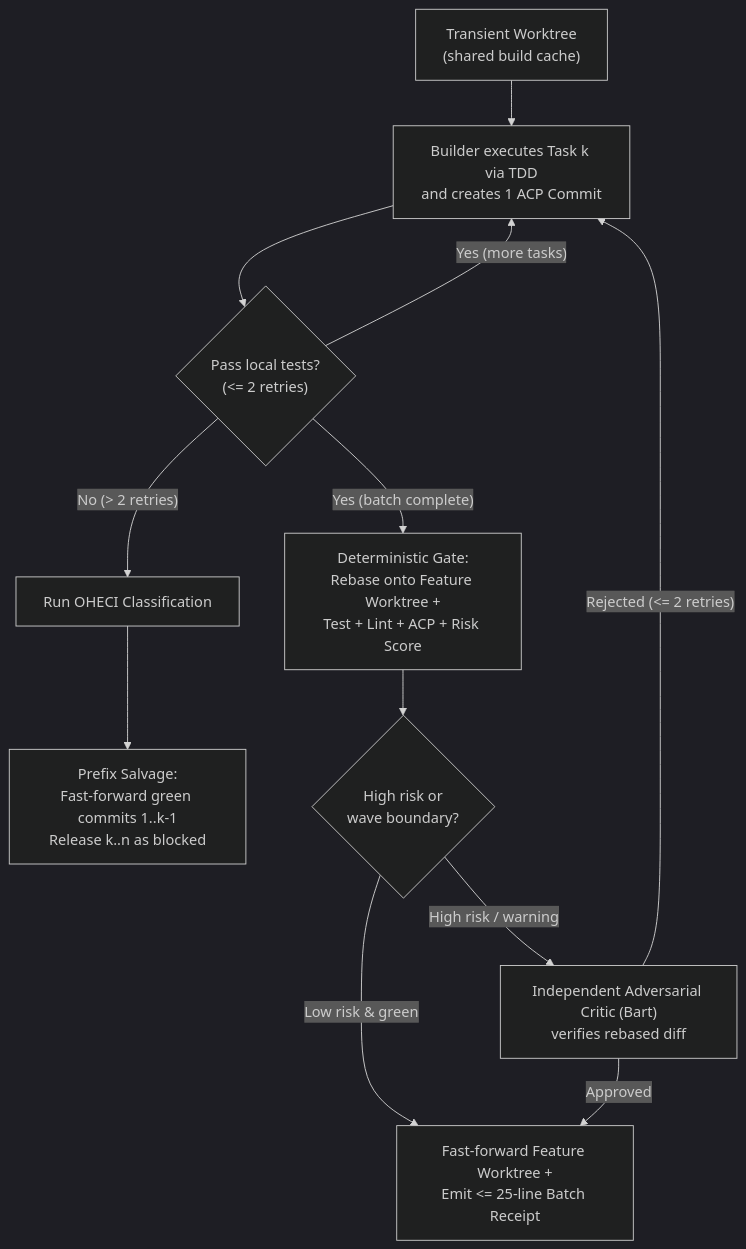
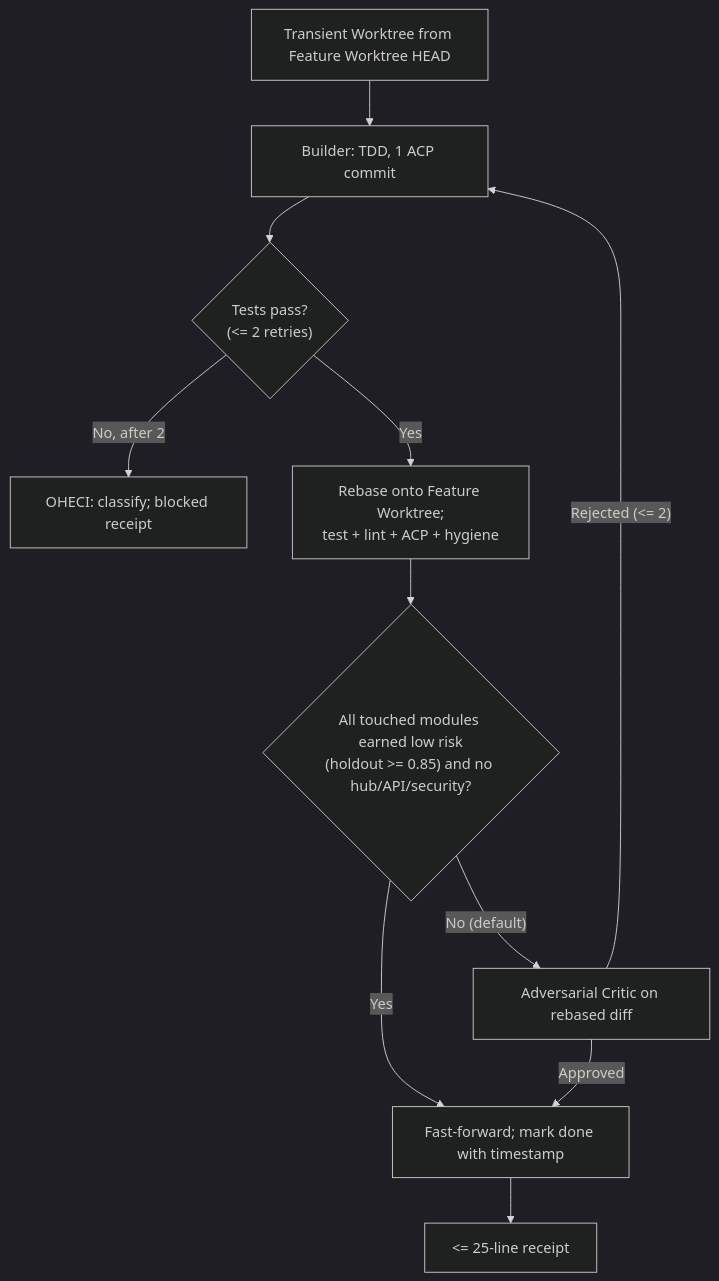
The third of 3 diagrams in .pi/docs/specs/agentic-coding/handoff-spec.md (shalomb/dotfiles), drawn with Mermaid (dark theme) before and after one commit. The commit also changed other lines of this file and 5 other files, not shown here.

````diff
--- a/.pi/docs/specs/agentic-coding/handoff-spec.md
+++ b/.pi/docs/specs/agentic-coding/handoff-spec.md
@@ -154,24 +195,13 @@
 ```mermaid
 flowchart TD
-    Start["Transient Worktree\n(shared build cache)"]
-    TaskLoop["Builder executes Task k via TDD\nand creates 1 ACP Commit"]
-    RetryCheck{"Pass local tests?\n(<= 2 retries)"}
-    OHECI["Run OHECI Classification"]
-    Salvage["Prefix Salvage:\nFast-forward green commits 1..k-1\nRelease k..n as blocked"]
-    DetGate["Deterministic Gate:\nRebase onto Feature Worktree +\nTest + Lint + ACP + Risk Score"]
-    RiskCheck{"High risk or\nwave boundary?"}
-    Critic["Independent Adversarial Critic (Bart)\nverifies rebased diff"]
-    Merge["Fast-forward Feature Worktree +\nEmit <= 25-line Batch Receipt"]
-
-    Start --> TaskLoop
-    TaskLoop --> RetryCheck
-    RetryCheck -->|"Yes (more tasks)"| TaskLoop
-    RetryCheck -->|"Yes (batch complete)"| DetGate
-    RetryCheck -->|"No (> 2 retries)"| OHECI
-    OHECI --> Salvage
-    DetGate --> RiskCheck
-    RiskCheck -->|"Low risk & green"| Merge
-    RiskCheck -->|"High risk / warning"| Critic
+    Start["Transient Worktree from Feature Worktree HEAD"] --> Build["Builder: TDD, 1 ACP commit"]
+    Build --> Retry{"Tests pass?\n(<= 2 retries)"}
+    Retry -->|"No, after 2"| OHECI["OHECI: classify; blocked receipt"]
+    Retry -->|"Yes"| Gate["Rebase onto Feature Worktree;\ntest + lint + ACP + hygiene"]
+    Gate --> Tier{"All touched modules earned low risk\n(holdout >= 0.85) and no hub/API/security?"}
+    Tier -->|"Yes"| Merge["Fast-forward; mark done with timestamp"]
+    Tier -->|"No (default)"| Critic["Adversarial Critic on rebased diff"]
     Critic -->|"Approved"| Merge
-    Critic -->|"Rejected (<= 2 retries)"| TaskLoop
+    Critic -->|"Rejected (<= 2)"| Build
+    Merge --> Receipt["<= 25-line receipt"]
 ```
````
